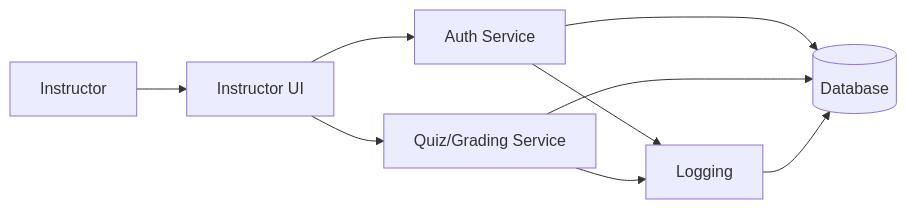
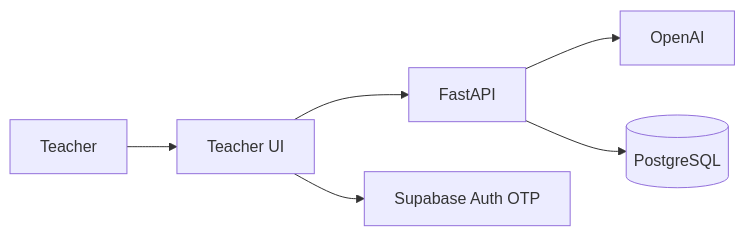
Before and after one commit to Capstone-Projects-2026-spring/project-auto-suggestion-quiz: the third of 3 diagrams in documentation/docs/requirements/system-block-diagram.md, drawn with Mermaid. The commit also changed other lines of this file and 1 other file, not shown here.

````diff
--- a/documentation/docs/requirements/system-block-diagram.md
+++ b/documentation/docs/requirements/system-block-diagram.md
@@ -100,10 +85,8 @@
 ```mermaid
 flowchart LR
-    T[Instructor] --> TUI[Instructor UI]
-    
-    TUI --> AUTH[Auth Service]
-    TUI --> CORE[Quiz/Grading Service]
-
-    AUTH & CORE --> LOG[Logging]
-    AUTH & CORE & LOG --> DB[(Database)]
+    T[Teacher] --> TUI[Teacher UI]
+    TUI --> API[FastAPI]
+    TUI --> SUPA[Supabase Auth OTP]
+    API --> OAI[OpenAI]
+    API --> DB[(PostgreSQL)]
 ```
````
